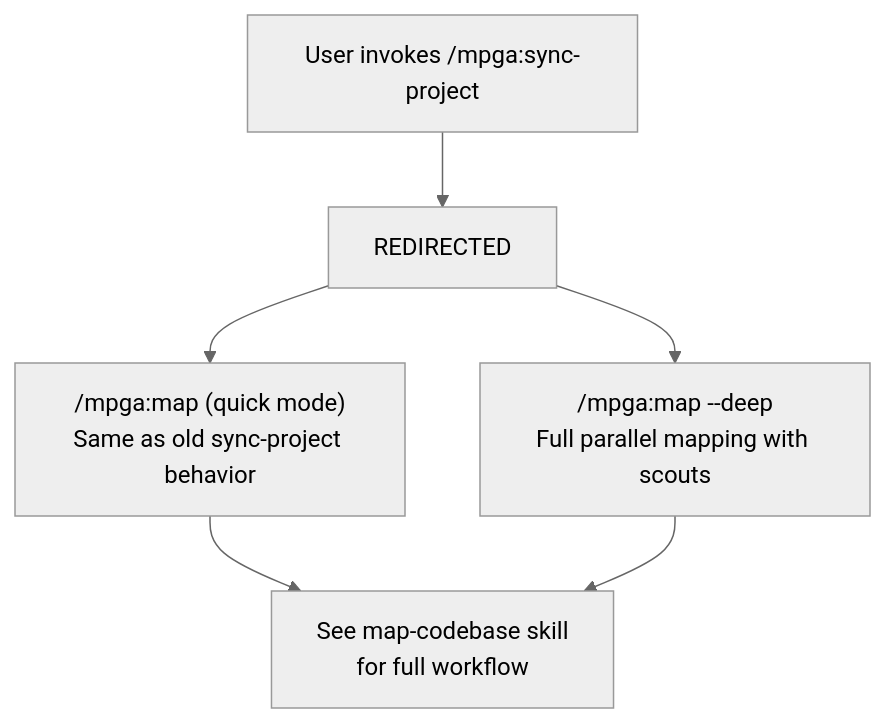
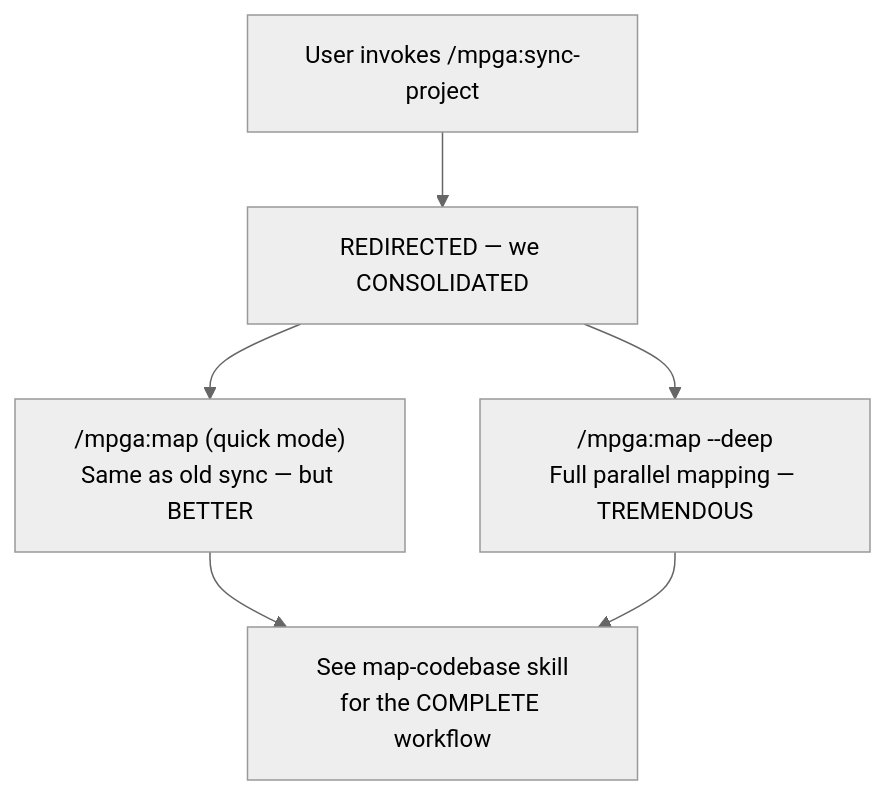
The diagram in docs/diagrams/skills/sync-project.md (benrben/MPGA), drawn with Mermaid (neutral theme) before and after one commit. The commit also changed other lines of this file and 28 other files, not shown here.

First line of the commit message:
style: Trumpify all workflow diagrams — TREMENDOUS Mermaid charts

````diff
--- a/docs/diagrams/skills/sync-project.md
+++ b/docs/diagrams/skills/sync-project.md
@@ -5,9 +5,9 @@
 ```mermaid
 flowchart TD
-    A[User invokes /mpga:sync-project] --> B[REDIRECTED]
-    B --> C["/mpga:map (quick mode)\nSame as old sync-project behavior"]
-    B --> D["/mpga:map --deep\nFull parallel mapping with scouts"]
+    A[User invokes /mpga:sync-project] --> B[REDIRECTED — we CONSOLIDATED]
+    B --> C["/mpga:map (quick mode)\nSame as old sync — but BETTER"]
+    B --> D["/mpga:map --deep\nFull parallel mapping — TREMENDOUS"]
 
-    C --> E["See map-codebase skill\nfor full workflow"]
+    C --> E["See map-codebase skill\nfor the COMPLETE workflow"]
     D --> E
 ```
````
